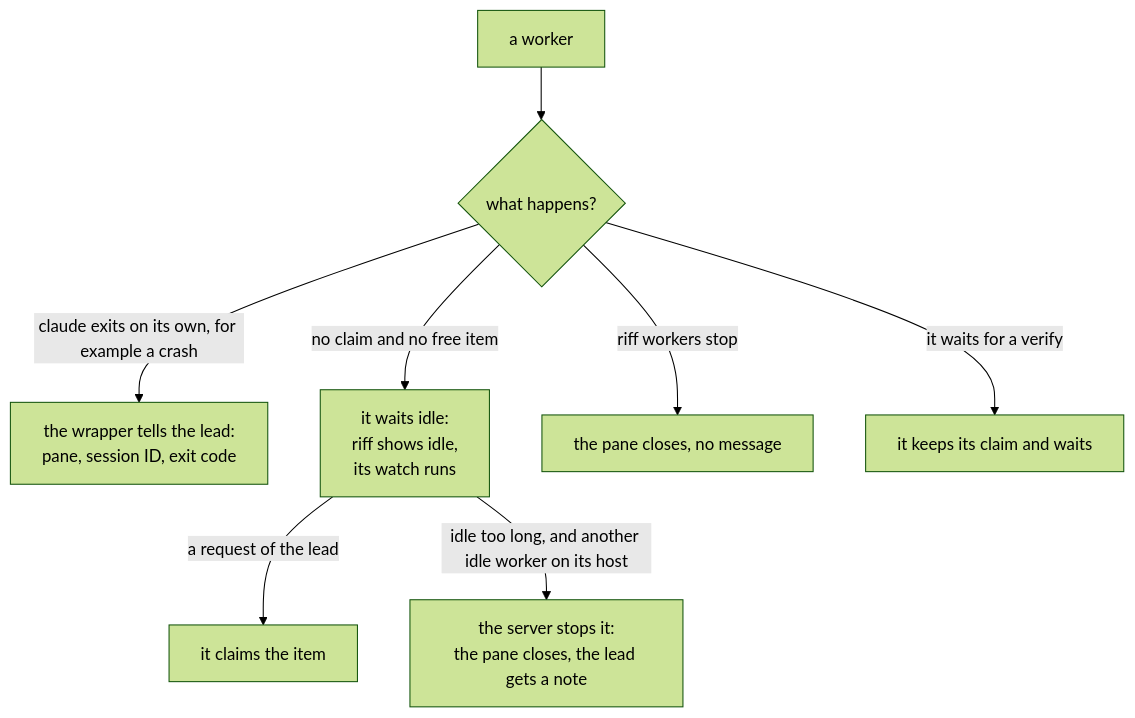
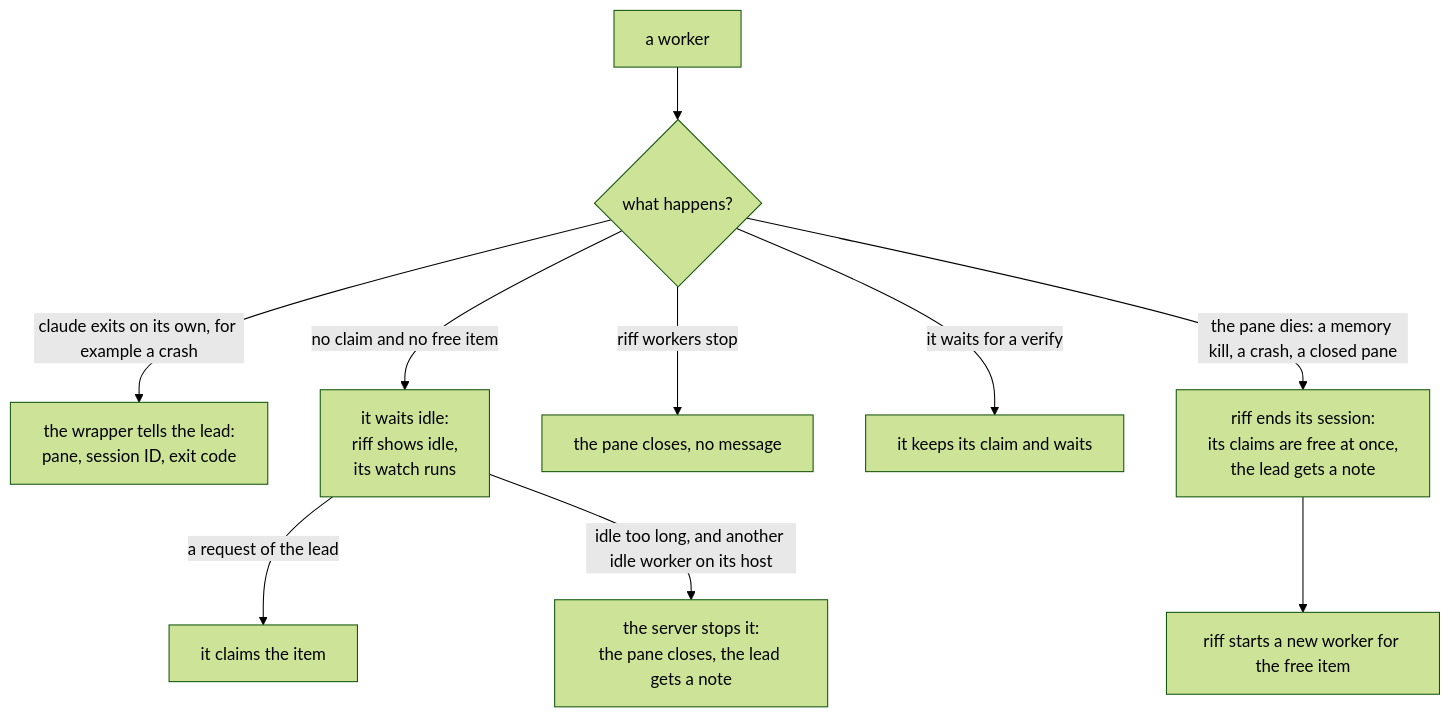
Before and after one commit to como-technologies/riff: diagram 44 of 46 in docs/src/how-it-works.md, drawn with Mermaid (forest theme). The commit also changed other lines of this file and 20 other files, not shown here.

First line of the commit message:
A killed worker is gone at once, its claim is free, and the work starts again (#401)

````diff
--- a/docs/src/how-it-works.md
+++ b/docs/src/how-it-works.md
@@ -2987,10 +3022,12 @@
 ```mermaid
 flowchart TD
     W[a worker] --> Q{what happens?}
     Q -- "claude exits on its own, for example a crash" --> C["the wrapper tells the lead:<br/>pane, session ID, exit code"]
     Q -- "no claim and no free item" --> I["it waits idle:<br/>riff shows idle,<br/>its watch runs"]
     I -- "a request of the lead" --> N[it claims the item]
     I -- "idle too long, and another idle worker on its host" --> X["the server stops it:<br/>the pane closes, the lead gets a note"]
     Q -- "riff workers stop" --> S[the pane closes, no message]
     Q -- "it waits for a verify" --> K[it keeps its claim and waits]
+    Q -- "the pane dies: a memory kill, a crash, a closed pane" --> D["riff ends its session:<br/>its claims are free at once,<br/>the lead gets a note"]
+    D --> R[riff starts a new worker for the free item]
 ```
````
